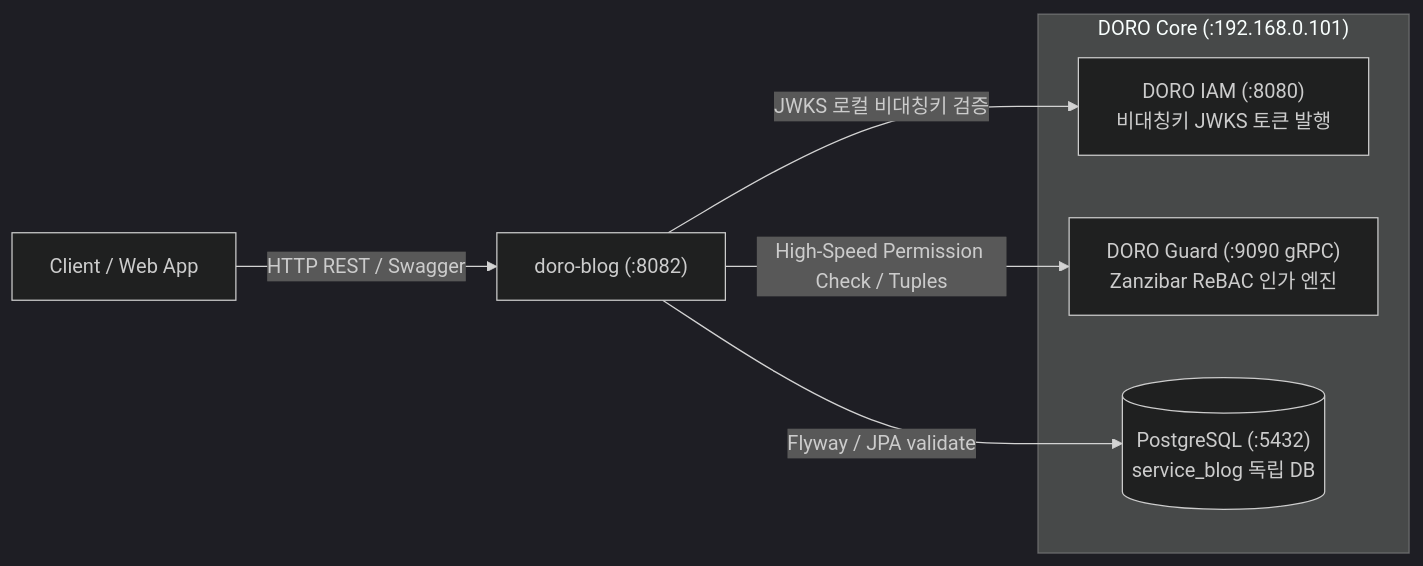
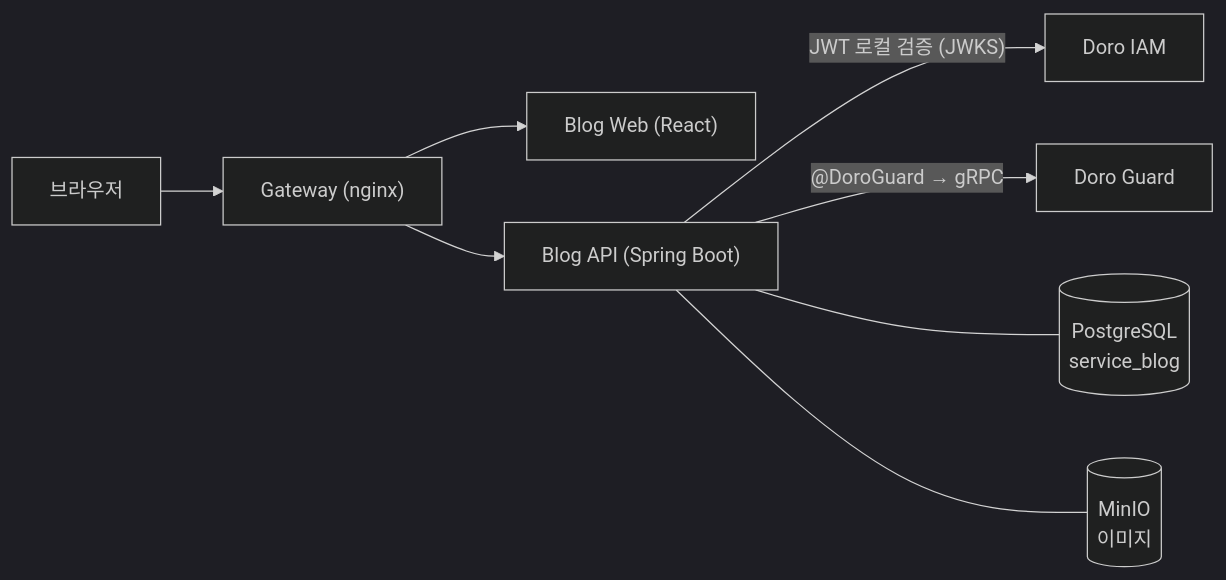
The diagram in README.md (yu-teacher/doro-blog), drawn with Mermaid (dark theme) before and after one commit. The commit also changed other lines of this file and 1 other file, not shown here.

````diff
--- a/README.md
+++ b/README.md
@@ -10,14 +67,10 @@
 ```mermaid
 flowchart LR
-    Client["Client / Web App"] -->|HTTP REST / Swagger| Blog["doro-blog (:8082)"]
-    
-    subgraph DoroCore ["DORO Core (:192.168.0.101)"]
-        IAM["DORO IAM (:8080)<br/>비대칭키 JWKS 토큰 발행"]
-        Guard["DORO Guard (:9090 gRPC)<br/>Zanzibar ReBAC 인가 엔진"]
-        Postgres[("PostgreSQL (:5432)<br/>service_blog 독립 DB")]
-    end
-
-    Blog -->|JWKS 로컬 비대칭키 검증| IAM
-    Blog -->|High-Speed Permission Check / Tuples| Guard
-    Blog -->|Flyway / JPA validate| Postgres
+    U["브라우저"] --> GW["Gateway (nginx)"]
+    GW --> W["Blog Web (React)"]
+    GW --> B["Blog API (Spring Boot)"]
+    B -->|"JWT 로컬 검증 (JWKS)"| I["Doro IAM"]
+    B -->|"@DoroGuard → gRPC"| G["Doro Guard"]
+    B --- PG[("PostgreSQL<br/>service_blog")]
+    B --- M[("MinIO<br/>이미지")]
 ```
````
